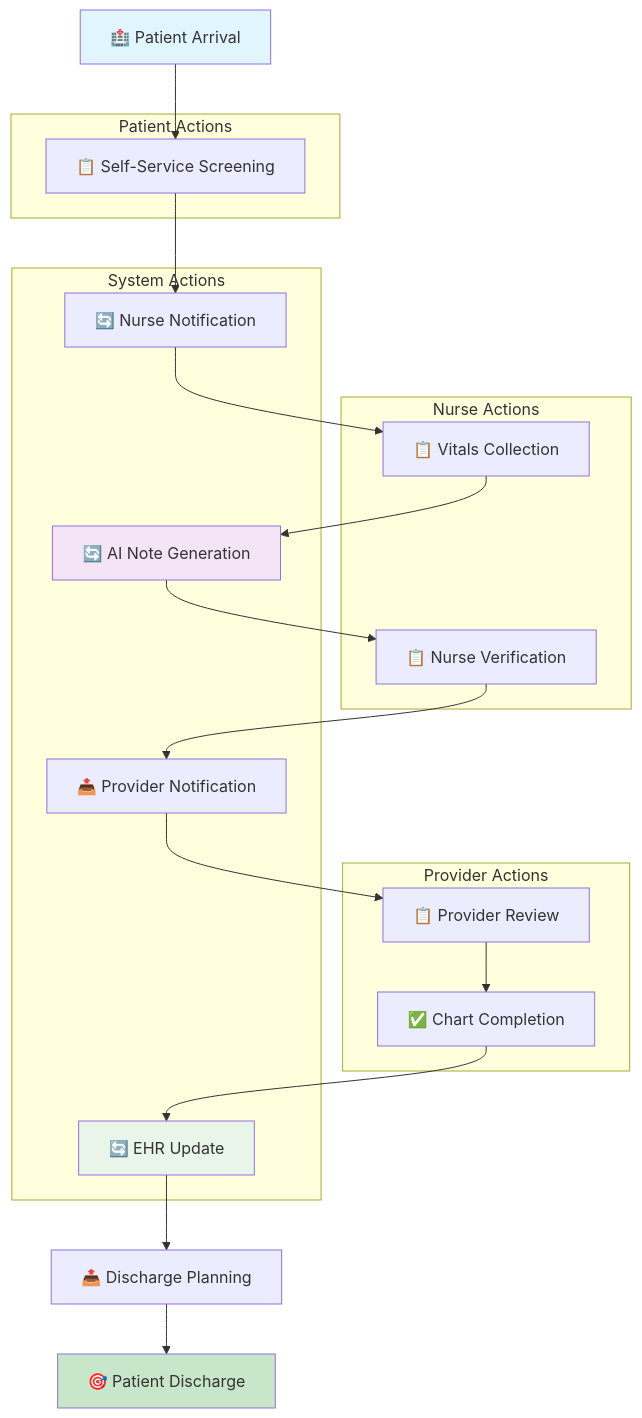
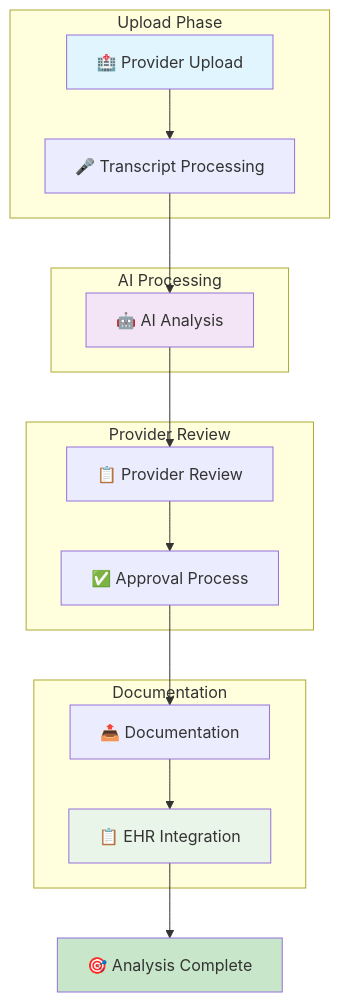
One commit to Duraman3444/PreExamChartingAgent changed diagram 13 of 16 in docs/wireflow-diagrams.md. Above: the diagram before and after it, drawn with Mermaid. The commit also changed other lines of this file and 5 other files, not shown here.

````diff
--- a/docs/wireflow-diagrams.md
+++ b/docs/wireflow-diagrams.md
@@ -254,40 +403,34 @@
 ```mermaid
 flowchart TD
-    A[🏥 Patient Arrival] --> B[📋 Self-Service Screening]
-    B --> C[🔄 Nurse Notification]
-    C --> D[📋 Vitals Collection]
-    D --> E[🔄 AI Note Generation]
-    E --> F[📋 Nurse Verification]
-    F --> G[📤 Provider Notification]
-    G --> H[📋 Provider Review]
-    H --> I[✅ Chart Completion]
-    I --> J[🔄 EHR Update]
-    J --> K[📤 Discharge Planning]
-    K --> L[🎯 Patient Discharge]
+    A[🏥 Provider Upload] --> B[🎤 Transcript Processing]
+    B --> C[🤖 AI Analysis]
+    C --> D[📋 Provider Review]
+    D --> E[✅ Approval Process]
+    E --> F[📤 Documentation]
+    F --> G[📋 EHR Integration]
+    G --> H[🎯 Analysis Complete]
     
-    subgraph "Patient Actions"
+    subgraph "Upload Phase"
+        A
         B
     end
     
-    subgraph "Nurse Actions"
-        D
-        F
+    subgraph "AI Processing"
+        C
     end
     
-    subgraph "Provider Actions"
-        H
-        I
+    subgraph "Provider Review"
+        D
+        E
     end
     
-    subgraph "System Actions"
-        C
-        E
+    subgraph "Documentation"
+        F
         G
-        J
     end
     
     style A fill:#e1f5fe
-    style L fill:#c8e6c9
-    style E fill:#f3e5f5
-    style J fill:#e8f5e8
+    style H fill:#c8e6c9
+    style C fill:#f3e5f5
+    style G fill:#e8f5e8
 ```
````
